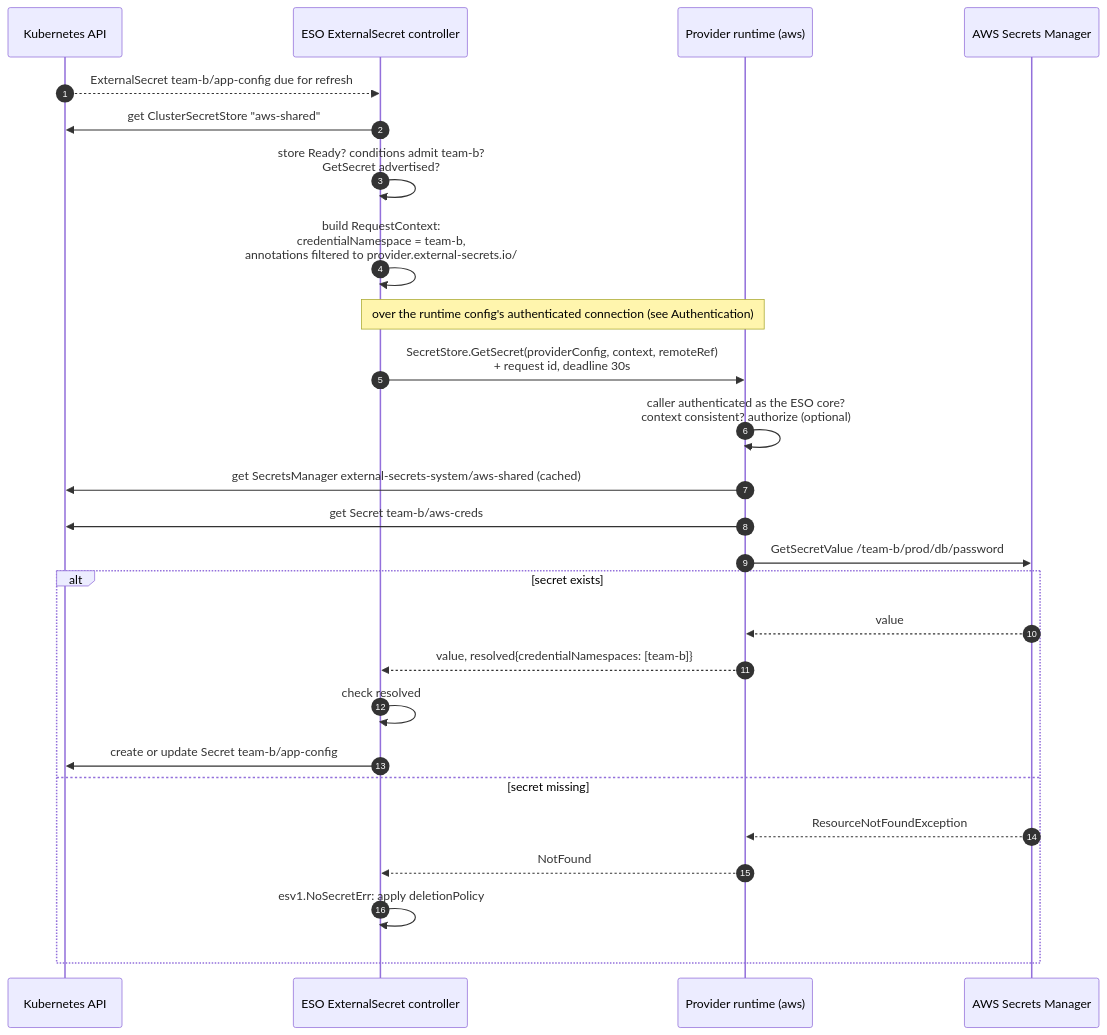
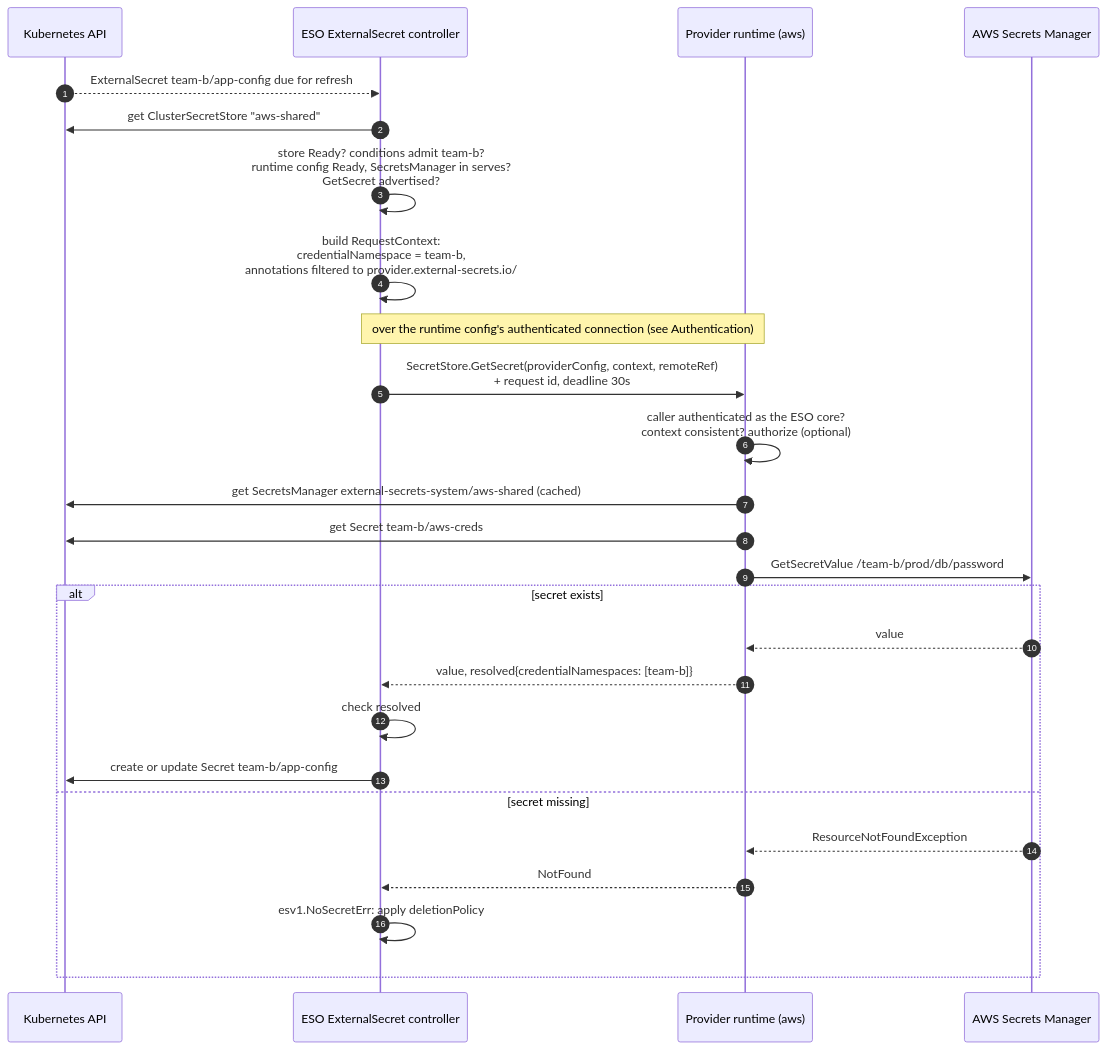
Before and after one commit to external-secrets/external-secrets: the fourth of 6 diagrams in design/014/PROTOCOL.md, drawn with Mermaid. The commit also changed other lines of this file and 4 other files, not shown here.

````diff
--- a/design/014/PROTOCOL.md
+++ b/design/014/PROTOCOL.md
@@ -351,29 +393,29 @@
 ```mermaid
 sequenceDiagram
     autonumber
     participant K as Kubernetes API
     participant EC as ESO ExternalSecret controller
     participant P as Provider runtime (aws)
     participant B as AWS Secrets Manager
 
     K-->>EC: ExternalSecret team-b/app-config due for refresh
     EC->>K: get ClusterSecretStore "aws-shared"
-    EC->>EC: store Ready? conditions admit team-b?<br/>GetSecret advertised?
+    EC->>EC: store Ready? conditions admit team-b?<br/>runtime config Ready, SecretsManager in serves?<br/>GetSecret advertised?
     EC->>EC: build RequestContext:<br/>credentialNamespace = team-b,<br/>annotations filtered to provider.external-secrets.io/
     Note over EC,P: over the runtime config's authenticated connection (see Authentication)
     EC->>P: SecretStore.GetSecret(providerConfig, context, remoteRef)<br/>+ request id, deadline 30s
     P->>P: caller authenticated as the ESO core?<br/>context consistent? authorize (optional)
     P->>K: get SecretsManager external-secrets-system/aws-shared (cached)
     P->>K: get Secret team-b/aws-creds
     P->>B: GetSecretValue /team-b/prod/db/password
     alt secret exists
         B-->>P: value
         P-->>EC: value, resolved{credentialNamespaces: [team-b]}
         EC->>EC: check resolved
         EC->>K: create or update Secret team-b/app-config
     else secret missing
         B-->>P: ResourceNotFoundException
         P-->>EC: NotFound
         EC->>EC: esv1.NoSecretErr: apply deletionPolicy
     end
 ```
````
